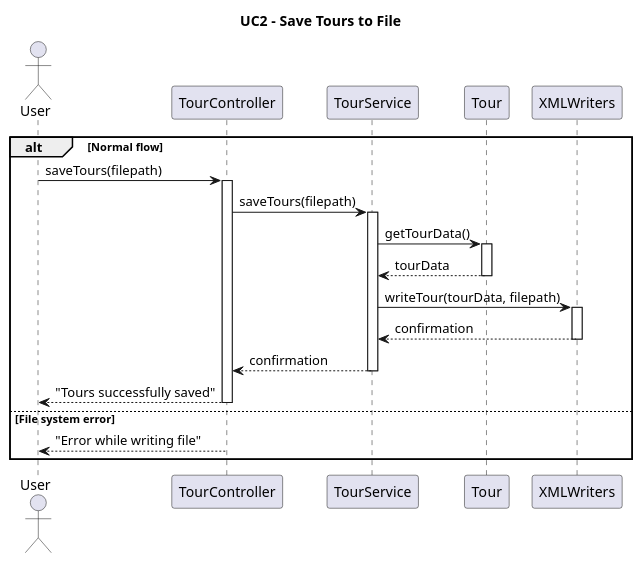
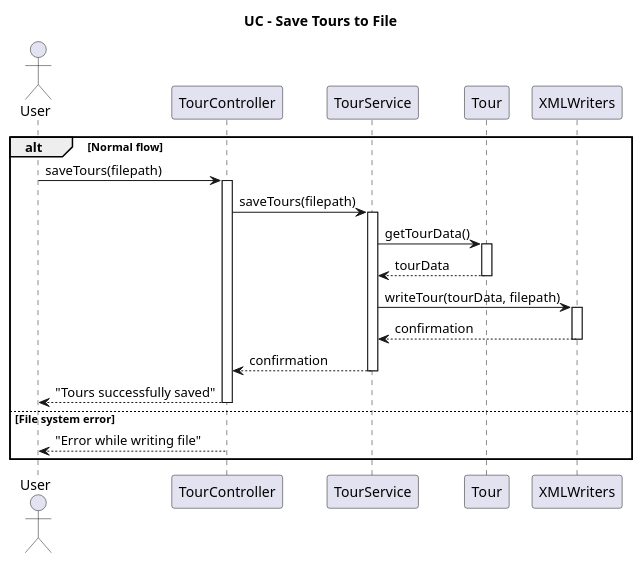
One commit to enzo-dosanjos/Pickup_Delivery_App changed the diagram in diagrams/diagramUC2.plantuml. Above: the diagram before and after it, drawn with PlantUML. The commit also changed 9 other files, not shown here.

```diff
--- a/diagrams/diagramUC2.plantuml
+++ b/diagrams/diagramUC2.plantuml
@@ -1,35 +1,35 @@
 @startuml
-title UC2 – Save Tours to File
+title UC - Save Tours to File
 
 actor User
 participant "TourController" as TC
 participant "TourService" as TS
 participant "Tour" as T
 participant "XMLWriters" as XW
 alt Normal flow
     User -> TC : saveTours(filepath)
     activate TC
 
     TC -> TS : saveTours(filepath)
     activate TS
 
     
     TS -> T : getTourData()
     activate T
     T --> TS : tourData
     deactivate T
 
     TS -> XW : writeTour(tourData, filepath)
     activate XW
     XW --> TS : confirmation
     deactivate XW
     
 
     TS --> TC : confirmation
     deactivate TS
     TC --> User : "Tours successfully saved"
     deactivate TC
 else File system error
     TC --> User : "Error while writing file"
 end
 @enduml
```
